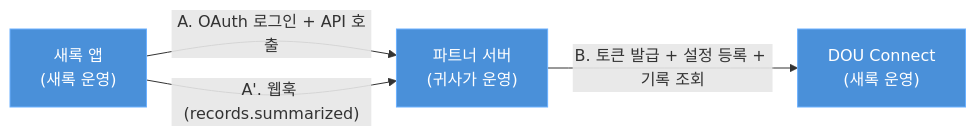
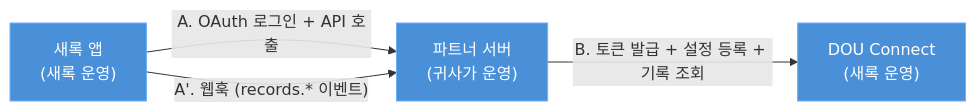
One commit to douinc/dou-connect-sample changed the first of 3 diagrams in README.md. Above: the diagram before and after it, drawn with Mermaid. The commit also changed other lines of this file and 4 other files, not shown here.

````diff
--- a/README.md
+++ b/README.md
@@ -43,12 +43,12 @@
 ```mermaid
 flowchart LR
     Saylog["새록 앱<br/>(새록 운영)"]
     Partner["파트너 서버<br/>(귀사가 운영)"]
     Connect["DOU Connect<br/>(새록 운영)"]
 
     Saylog -->|"A. OAuth 로그인 + API 호출"| Partner
     Partner -->|"B. 토큰 발급 + 설정 등록 + 기록 조회"| Connect
-    Saylog -->|"A'. 웹훅 (records.summarized)"| Partner
+    Saylog -->|"A'. 웹훅 (records.* 이벤트)"| Partner
 
     classDef default fill:#4a90d9,stroke:#6ab0ff,color:#fff
 ```
````
